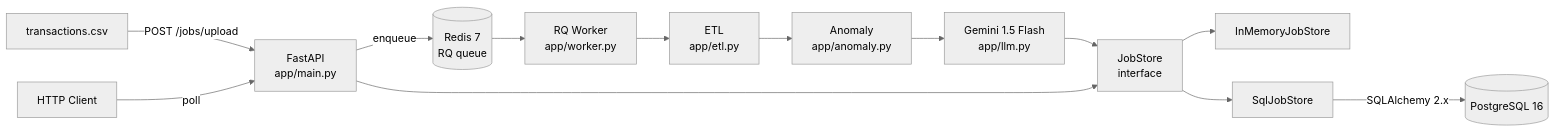
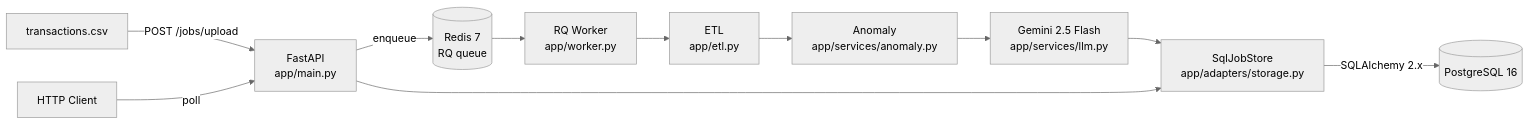
The diagram in README.md (rifatbond007/AI-Powered-Transaction-Processing-Pipeline), drawn with Mermaid (neutral theme) before and after one commit. The commit also changed other lines of this file and 5 other files, not shown here.

````diff
--- a/README.md
+++ b/README.md
@@ -25,15 +25,13 @@
 ```mermaid
 flowchart LR
   CSV[transactions.csv] -->|POST /jobs/upload| API[FastAPI<br/>app/main.py]
   API -->|enqueue| RQ[(Redis 7<br/>RQ queue)]
   RQ --> Worker[RQ Worker<br/>app/worker.py]
   Worker --> ETL[ETL<br/>app/etl.py]
-  ETL --> Anomaly[Anomaly<br/>app/anomaly.py]
-  Anomaly --> LLM[Gemini 1.5 Flash<br/>app/llm.py]
-  LLM --> Store[JobStore<br/>interface]
-  Store --> IM[InMemoryJobStore]
-  Store --> SQL[SqlJobStore]
-  SQL -->|SQLAlchemy 2.x| PG[(PostgreSQL 16)]
+  ETL --> Anomaly[Anomaly<br/>app/services/anomaly.py]
+  Anomaly --> LLM[Gemini 2.5 Flash<br/>app/services/llm.py]
+  LLM --> Store[SqlJobStore<br/>app/adapters/storage.py]
+  Store -->|SQLAlchemy 2.x| PG[(PostgreSQL 16)]
   Client[HTTP Client] -->|poll| API
   API --> Store
 ```
````
